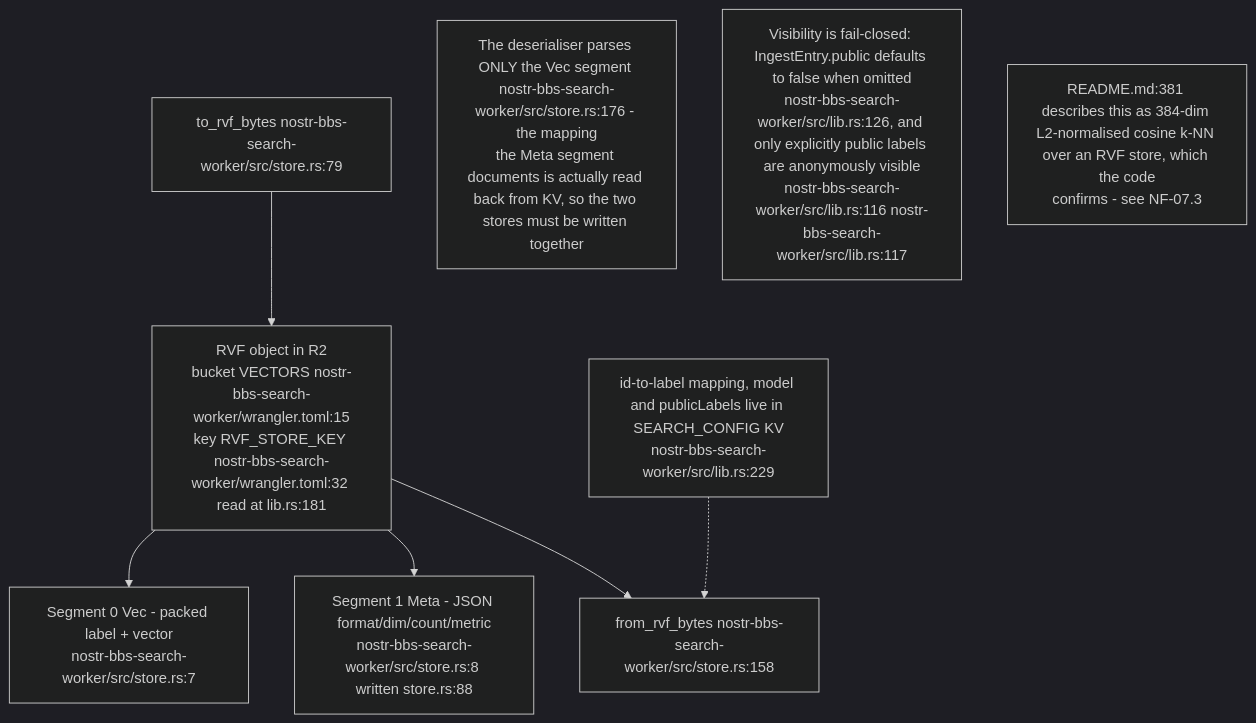
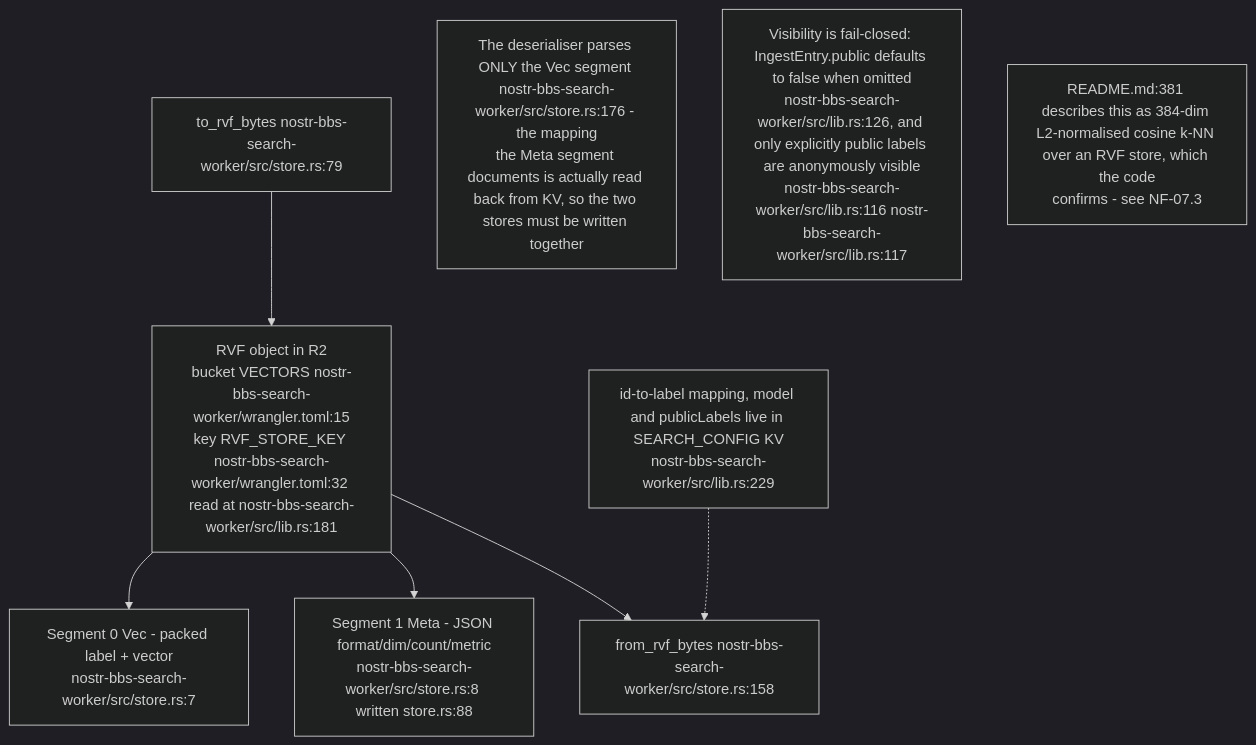
Before and after one commit to DreamLab-AI/VisionFlow: the fourth of 8 diagrams in docs/diagrams/nostr-rust-forum/07-search-preview-and-shared-worker-utilities.md, drawn with Mermaid (dark theme). The commit also changed other lines of this file and 185 other files, not shown here.

Commit message:
docs(estate): reconcile diagrams and ADRs with source and define closeout sprint

````diff
--- a/docs/diagrams/nostr-rust-forum/07-search-preview-and-shared-worker-utilities.md
+++ b/docs/diagrams/nostr-rust-forum/07-search-preview-and-shared-worker-utilities.md
@@ -101,18 +104,18 @@
 ```mermaid
 flowchart TB
-    RVF["RVF object in R2<br/>bucket VECTORS nostr-bbs-search-worker/wrangler.toml:15<br/>key RVF_STORE_KEY nostr-bbs-search-worker/wrangler.toml:32 read at lib.rs:181"]
+    RVF["RVF object in R2<br/>bucket VECTORS nostr-bbs-search-worker/wrangler.toml:15<br/>key RVF_STORE_KEY nostr-bbs-search-worker/wrangler.toml:32 read at nostr-bbs-search-worker/src/lib.rs:181"]
     SEGV["Segment 0 Vec - packed label + vector<br/>nostr-bbs-search-worker/src/store.rs:7"]
     SEGM["Segment 1 Meta - JSON format/dim/count/metric<br/>nostr-bbs-search-worker/src/store.rs:8 written store.rs:88"]
     SER["to_rvf_bytes nostr-bbs-search-worker/src/store.rs:79"]
     DES["from_rvf_bytes nostr-bbs-search-worker/src/store.rs:158"]
     KV["id-to-label mapping, model and publicLabels live in SEARCH_CONFIG KV<br/>nostr-bbs-search-worker/src/lib.rs:229"]
 
     RVF --> SEGV & SEGM
     SER --> RVF
     RVF --> DES
     KV -.-> DES
 
     N1["The deserialiser parses ONLY the Vec segment nostr-bbs-search-worker/src/store.rs:176 - the mapping<br/>the Meta segment documents is actually read back from KV, so the two stores must be written together"]
     N2["Visibility is fail-closed: IngestEntry.public defaults to false when omitted<br/>nostr-bbs-search-worker/src/lib.rs:126, and only explicitly public labels are anonymously visible<br/>nostr-bbs-search-worker/src/lib.rs:116 nostr-bbs-search-worker/src/lib.rs:117"]
     N3["README.md:381 describes this as 384-dim L2-normalised cosine k-NN over an RVF store, which the code<br/>confirms - see NF-07.3"]
 ```
````
